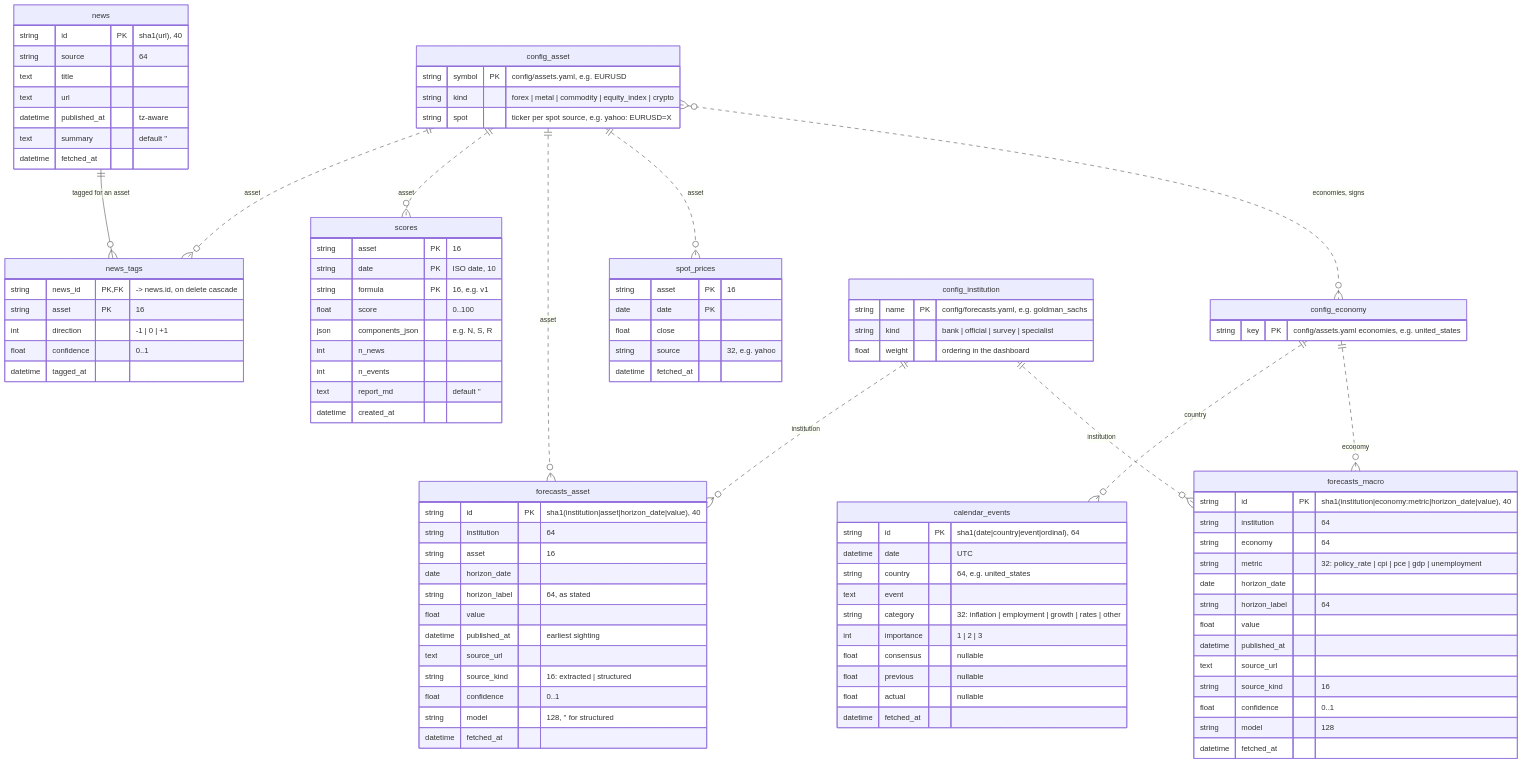
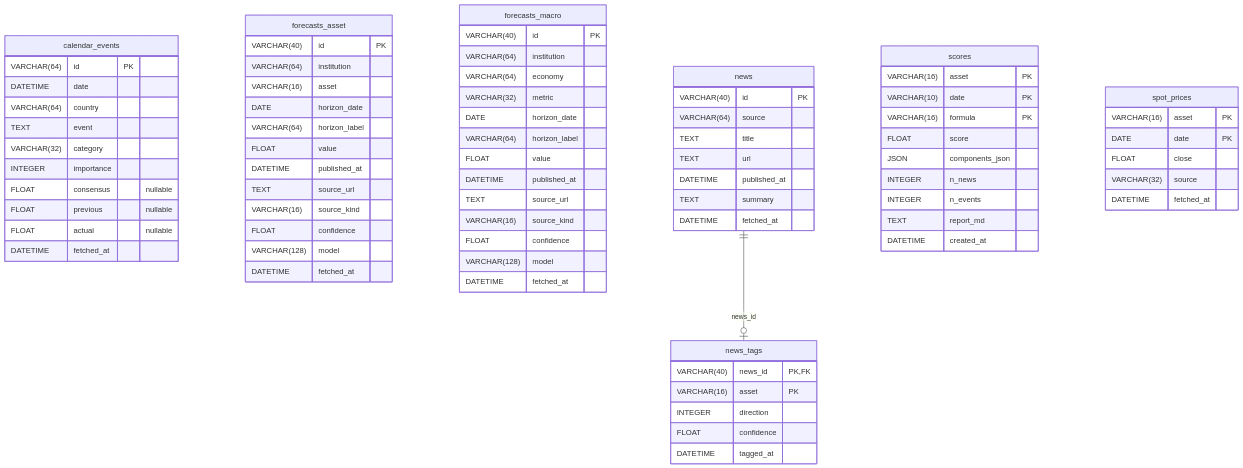
One commit to sbOogway/manc changed the diagram in docs/er-schema.md. Above: the diagram before and after it, drawn with Mermaid. The commit also changed other lines of this file and 5 other files, not shown here.

First line of the commit message:
infra: generate the ER diagram from schema.py with paracelsus

````diff
--- a/docs/er-schema.md
+++ b/docs/er-schema.md
@@ -11,118 +14,87 @@
 ```mermaid
 erDiagram
-    news {
-        string id PK "sha1(url), 40"
-        string source "64"
-        text title
-        text url
-        datetime published_at "tz-aware"
-        text summary "default ''"
-        datetime fetched_at
-    }
+  calendar_events {
+    VARCHAR(64) id PK
+    DATETIME date
+    VARCHAR(64) country
+    TEXT event
+    VARCHAR(32) category
+    INTEGER importance
+    FLOAT consensus "nullable"
+    FLOAT previous "nullable"
+    FLOAT actual "nullable"
+    DATETIME fetched_at
+  }
 
-    news_tags {
-        string news_id PK, FK "-> news.id, on delete cascade"
-        string asset PK "16"
-        int direction "-1 | 0 | +1"
-        float confidence "0..1"
-        datetime tagged_at
-    }
+  forecasts_asset {
+    VARCHAR(40) id PK
+    VARCHAR(64) institution
+    VARCHAR(16) asset
+    DATE horizon_date
+    VARCHAR(64) horizon_label
+    FLOAT value
+    DATETIME published_at
+    TEXT source_url
+    VARCHAR(16) source_kind
+    FLOAT confidence
+    VARCHAR(128) model
+    DATETIME fetched_at
+  }
 
-    calendar_events {
-        string id PK "sha1(date|country|event|ordinal), 64"
-        datetime date "UTC"
-        string country "64, e.g. united_states"
-        text event
-        string category "32: inflation | employment | growth | rates | other"
-        int importance "1 | 2 | 3"
-        float consensus "nullable"
-        float previous "nullable"
-        float actual "nullable"
-        datetime fetched_at
-    }
+  forecasts_macro {
+    VARCHAR(40) id PK
+    VARCHAR(64) institution
+    VARCHAR(64) economy
+    VARCHAR(32) metric
+    DATE horizon_date
+    VARCHAR(64) horizon_label
+    FLOAT value
+    DATETIME published_at
+    TEXT source_url
+    VARCHAR(16) source_kind
+    FLOAT confidence
+    VARCHAR(128) model
+    DATETIME fetched_at
+  }
 
-    scores {
-        string asset PK "16"
-        string date PK "ISO date, 10"
-        string formula PK "16, e.g. v1"
-        float score "0..100"
-        json components_json "e.g. N, S, R"
-        int n_news
-        int n_events
-        text report_md "default ''"
-        datetime created_at
-    }
+  news {
+    VARCHAR(40) id PK
+    VARCHAR(64) source
+    TEXT title
+    TEXT url
+    DATETIME published_at
+    TEXT summary
+    DATETIME fetched_at
+  }
 
-    forecasts_asset {
-        string id PK "sha1(institution|asset|horizon_date|value), 40"
-        string institution "64"
-        string asset "16"
-        date horizon_date
-        string horizon_label "64, as stated"
-        float value
-        datetime published_at "earliest sighting"
-        text source_url
-        string source_kind "16: extracted | structured"
-        float confidence "0..1"
-        string model "128, '' for structured"
-        datetime fetched_at
-    }
+  news_tags {
+    VARCHAR(40) news_id PK,FK
+    VARCHAR(16) asset PK
+    INTEGER direction
+    FLOAT confidence
+    DATETIME tagged_at
+  }
 
-    forecasts_macro {
-        string id PK "sha1(institution|economy:metric|horizon_date|value), 40"
-        string institution "64"
-        string economy "64"
-        string metric "32: policy_rate | cpi | pce | gdp | unemployment"
-        date horizon_date
-        string horizon_label "64"
-        float value
-        datetime published_at
-        text source_url
-        string source_kind "16"
-        float confidence "0..1"
-        string model "128"
-        datetime fetched_at
-    }
+  scores {
+    VARCHAR(16) asset PK
+    VARCHAR(10) date PK
+    VARCHAR(16) formula PK
+    FLOAT score
+    JSON components_json
+    INTEGER n_news
+    INTEGER n_events
+    TEXT report_md
+    DATETIME created_at
+  }
 
-    spot_prices {
-        string asset PK "16"
-        date date PK
-        float close
-        string source "32, e.g. yahoo"
-        datetime fetched_at
-    }
+  spot_prices {
+    VARCHAR(16) asset PK
+    DATE date PK
+    FLOAT close
+    VARCHAR(32) source
+    DATETIME fetched_at
+  }
 
-    config_asset {
-        string symbol PK "config/assets.yaml, e.g. EURUSD"
-        string kind "forex | metal | commodity | equity_index | crypto"
-        string spot "ticker per spot source, e.g. yahoo: EURUSD=X"
-    }
+  news ||--o| news_tags : news_id
 
-    config_economy {
-        string key PK "config/assets.yaml economies, e.g. united_states"
-    }
-
-    config_institution {
-        string name PK "config/forecasts.yaml, e.g. goldman_sachs"
-        string kind "bank | official | survey | specialist"
-        float weight "ordering in the dashboard"
-    }
-
-    %% enforced in SQL
-    news ||--o{ news_tags : "tagged for an asset"
-
-    %% by asset symbol
-    config_asset ||..o{ news_tags : "asset"
-    config_asset ||..o{ scores : "asset"
-    config_asset ||..o{ forecasts_asset : "asset"
-    config_asset ||..o{ spot_prices : "asset"
-
-    %% by economy key: an asset lists the economies whose events move it
-    config_asset }o..o{ config_economy : "economies, signs"
-    config_economy ||..o{ calendar_events : "country"
-    config_economy ||..o{ forecasts_macro : "economy"
-
-    %% by institution name
-    config_institution ||..o{ forecasts_asset : "institution"
-    config_institution ||..o{ forecasts_macro : "institution"
 ```
````
